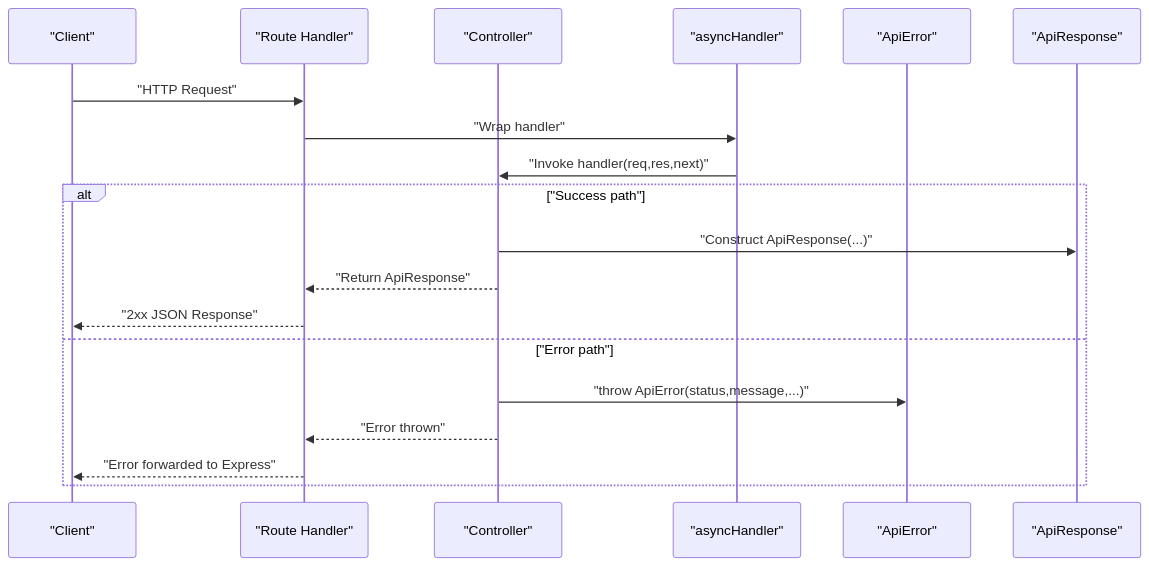
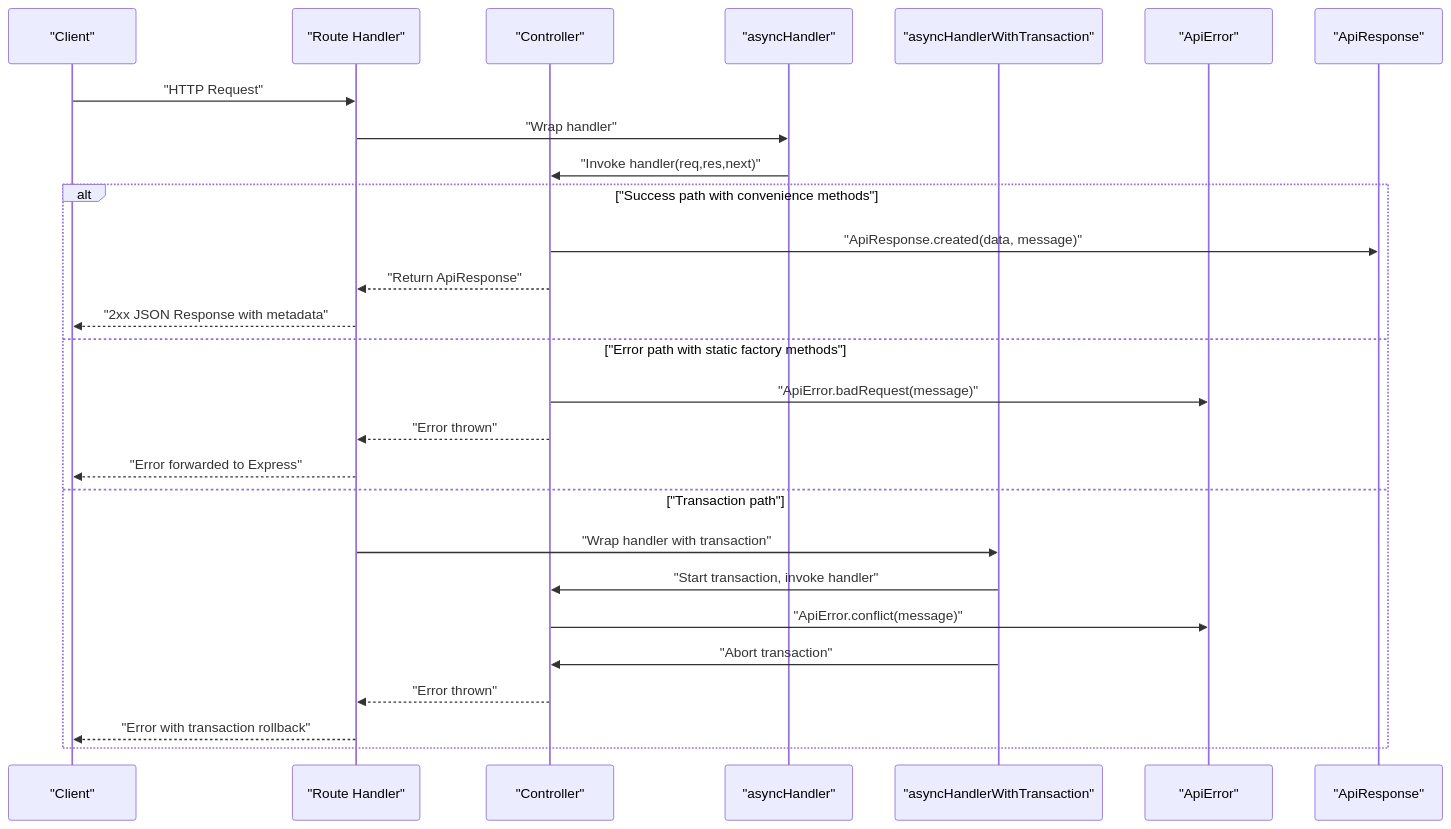
The second of 3 diagrams in .qoder/repowiki/en/content/Backend Architecture/Error Handling & Response Utilities.md (Aryan9060/Timetable-Project), drawn with Mermaid before and after one commit. The commit also changed other lines of this file and 15 other files, not shown here.

````diff
--- a/.qoder/repowiki/en/content/Backend Architecture/Error Handling & Response Utilities.md
+++ b/.qoder/repowiki/en/content/Backend Architecture/Error Handling & Response Utilities.md
@@ -114,21 +152,29 @@
 ```mermaid
 sequenceDiagram
 participant Client as "Client"
 participant Router as "Route Handler"
 participant Ctrl as "Controller"
 participant UtilA as "asyncHandler"
+participant UtilAT as "asyncHandlerWithTransaction"
 participant UtilE as "ApiError"
 participant UtilR as "ApiResponse"
 Client->>Router : "HTTP Request"
 Router->>UtilA : "Wrap handler"
 UtilA->>Ctrl : "Invoke handler(req,res,next)"
-alt "Success path"
-Ctrl->>UtilR : "Construct ApiResponse(...)"
+alt "Success path with convenience methods"
+Ctrl->>UtilR : "ApiResponse.created(data, message)"
 Ctrl-->>Router : "Return ApiResponse"
-Router-->>Client : "2xx JSON Response"
-else "Error path"
-Ctrl->>UtilE : "throw ApiError(status,message,...)"
+Router-->>Client : "2xx JSON Response with metadata"
+else "Error path with static factory methods"
+Ctrl->>UtilE : "ApiError.badRequest(message)"
 Ctrl-->>Router : "Error thrown"
 Router-->>Client : "Error forwarded to Express"
+else "Transaction path"
+Router->>UtilAT : "Wrap handler with transaction"
+UtilAT->>Ctrl : "Start transaction, invoke handler"
+Ctrl->>UtilE : "ApiError.conflict(message)"
+UtilAT->>Ctrl : "Abort transaction"
+Ctrl-->>Router : "Error thrown"
+Router-->>Client : "Error with transaction rollback"
 end
 ```
````
